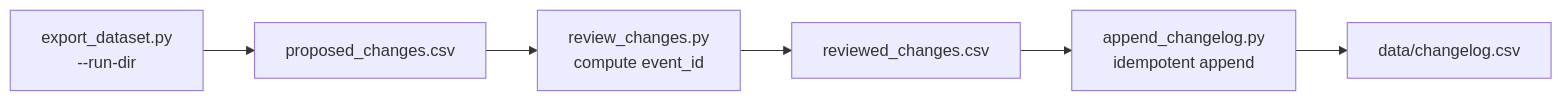
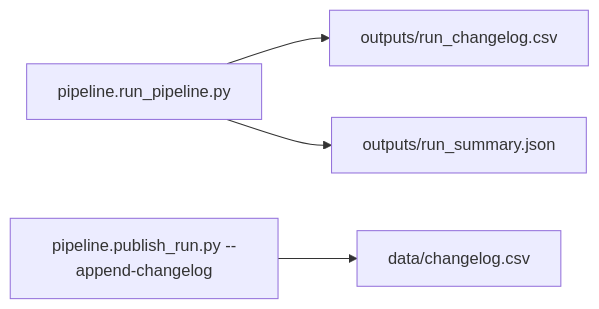
The diagram in docs/DIRECTORY_FIELD_CHANGELOG.md (MODA-NYC/nyc-governance-organizations), drawn with Mermaid before and after one commit. The commit also changed other lines of this file and 33 other files, not shown here.

````diff
--- a/docs/DIRECTORY_FIELD_CHANGELOG.md
+++ b/docs/DIRECTORY_FIELD_CHANGELOG.md
@@ -78,8 +76,6 @@
 ```mermaid
 graph LR
-    A[export_dataset.py<br/>--run-dir] --> B[proposed_changes.csv]
-    B --> C[review_changes.py<br/>compute event_id]
-    C --> D[reviewed_changes.csv]
-    D --> E[append_changelog.py<br/>idempotent append]
-    E --> F[data/changelog.csv]
+    A[pipeline.run_pipeline.py] --> B[outputs/run_changelog.csv]
+    A --> C[outputs/run_summary.json]
+    D[pipeline.publish_run.py --append-changelog] --> E[data/changelog.csv]
 ```
````
